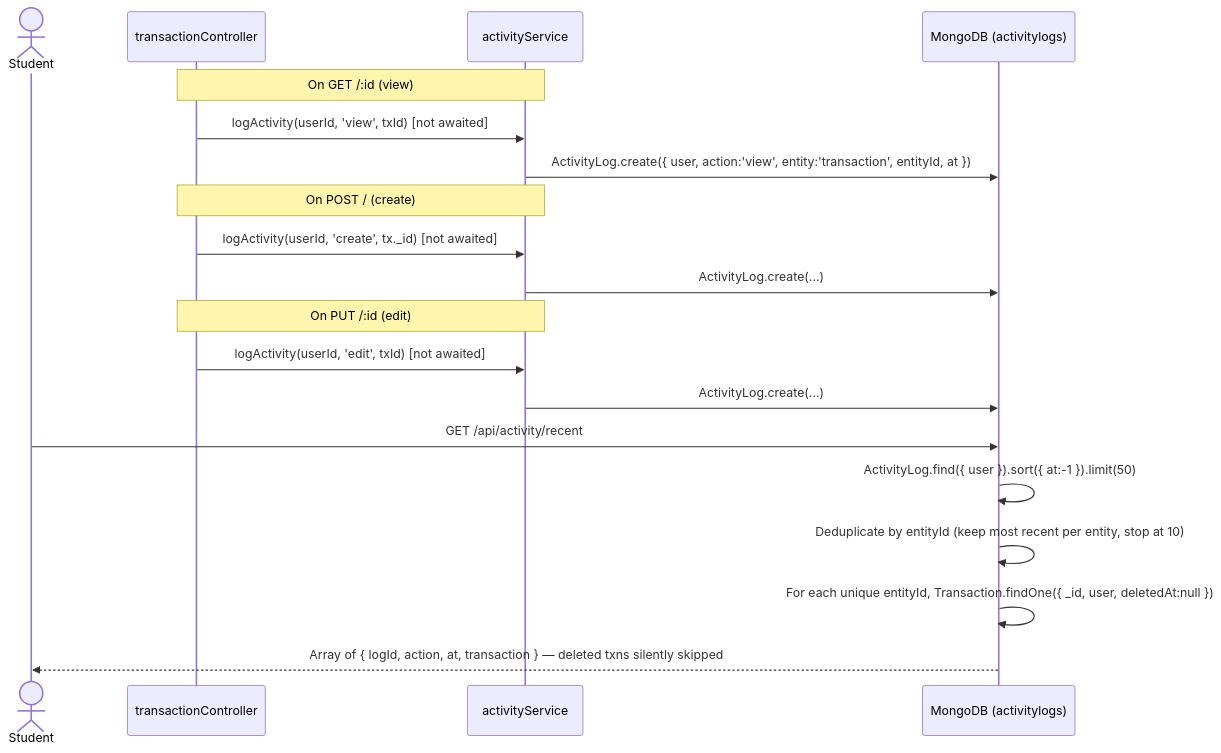
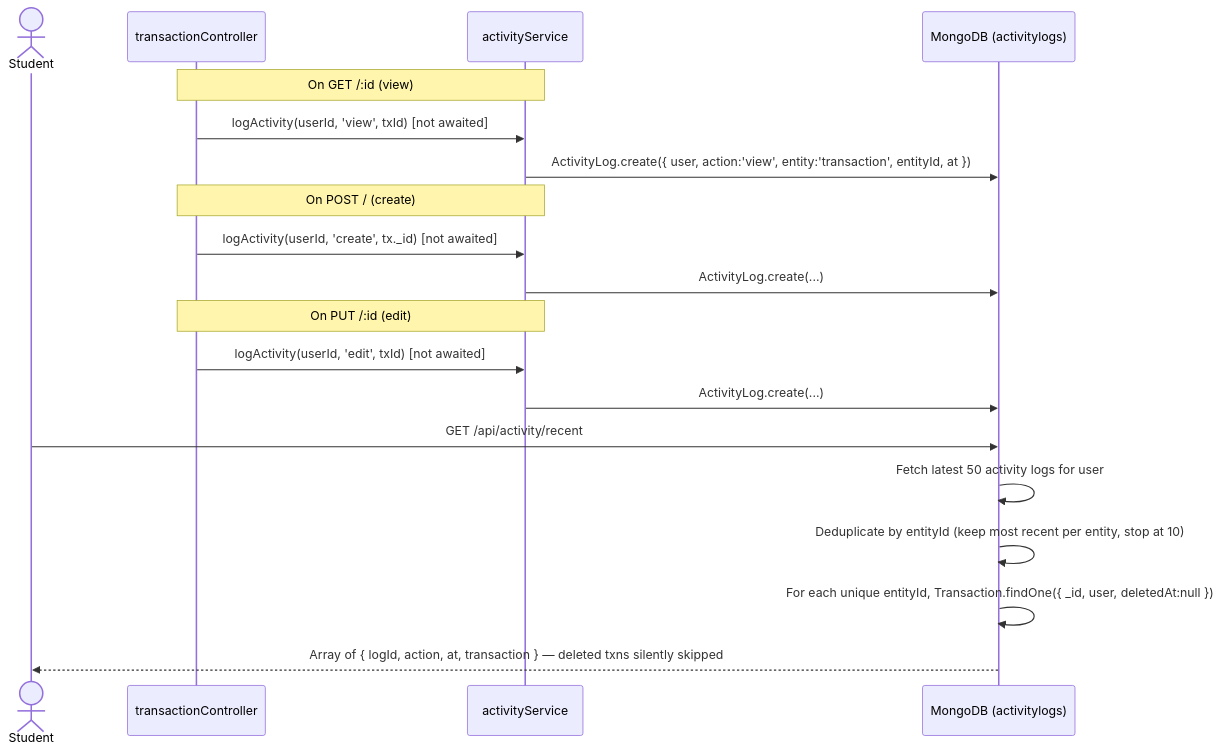
Before and after one commit to Codebits-techwiz/campus_coin: diagram 13 of 13 in server/docs/04-flows.md, drawn with Mermaid. The commit also changed other lines of this file and 8184 other files, not shown here.

````diff
--- a/server/docs/04-flows.md
+++ b/server/docs/04-flows.md
@@ -322,25 +322,25 @@
 ```mermaid
 sequenceDiagram
     actor C as Student
     participant TC as transactionController
     participant AS as activityService
     participant DB as MongoDB (activitylogs)
 
     Note over TC,AS: On GET /:id (view)
     TC->>AS: logActivity(userId, 'view', txId)  [not awaited]
     AS->>DB: ActivityLog.create({ user, action:'view', entity:'transaction', entityId, at })
 
     Note over TC,AS: On POST / (create)
     TC->>AS: logActivity(userId, 'create', tx._id) [not awaited]
     AS->>DB: ActivityLog.create(...)
 
     Note over TC,AS: On PUT /:id (edit)
     TC->>AS: logActivity(userId, 'edit', txId) [not awaited]
     AS->>DB: ActivityLog.create(...)
 
     C->>DB: GET /api/activity/recent
-    DB->>DB: ActivityLog.find({ user }).sort({ at:-1 }).limit(50)
+    DB->>DB: Fetch latest 50 activity logs for user
     DB->>DB: Deduplicate by entityId (keep most recent per entity, stop at 10)
     DB->>DB: For each unique entityId, Transaction.findOne({ _id, user, deletedAt:null })
     DB-->>C: Array of { logId, action, at, transaction } — deleted txns silently skipped
 ```
````
